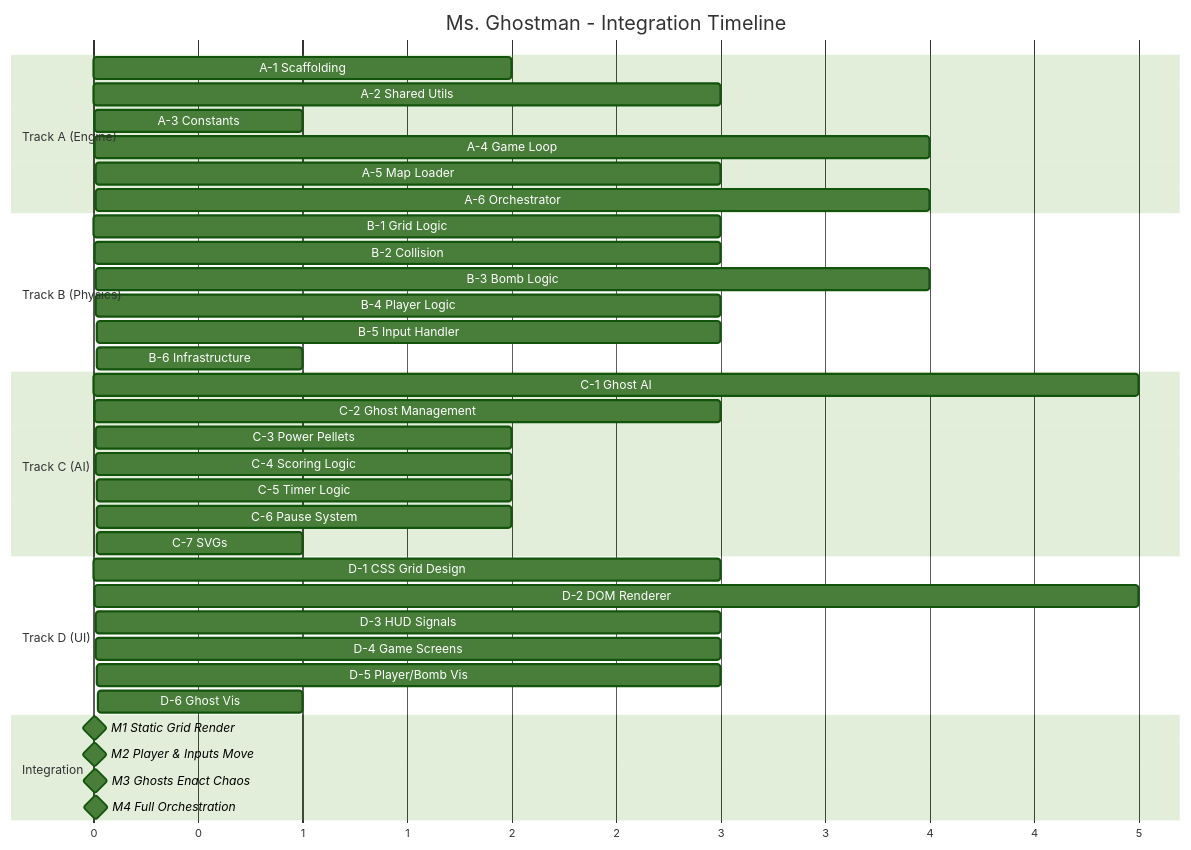
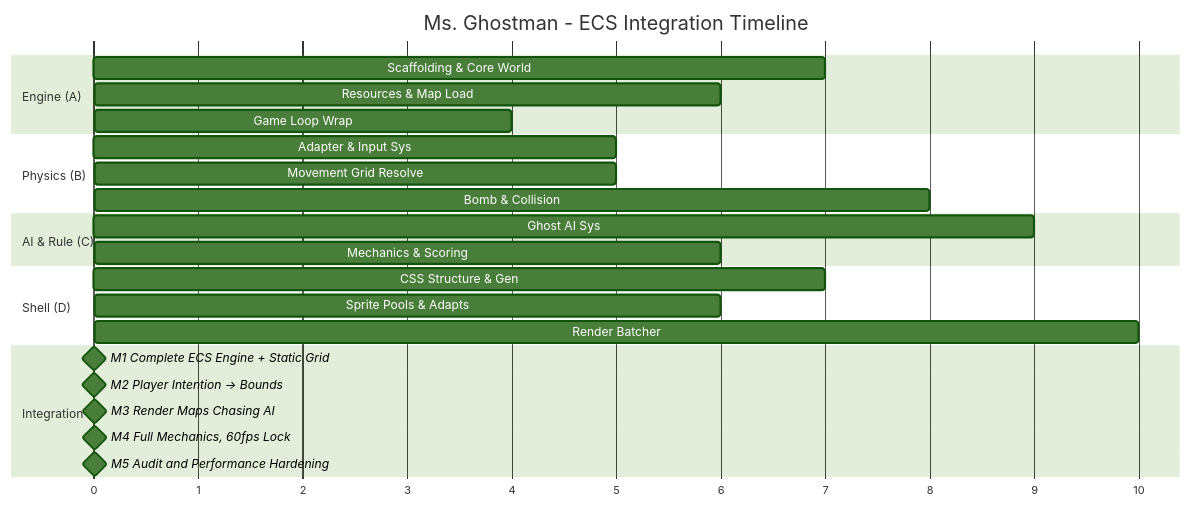
One commit to ertval/make-your-game changed the second of 2 diagrams in docs/implementation-plan.md. Above: the diagram before and after it, drawn with Mermaid (forest theme). The commit also changed other lines of this file and 5 other files, not shown here.

````diff
--- a/docs/implementation-plan.md
+++ b/docs/implementation-plan.md
@@ -655,45 +433,32 @@
 ```mermaid
 gantt
-    title Ms. Ghostman - Integration Timeline
+    title Ms. Ghostman - ECS Integration Timeline
     dateFormat  X
     axisFormat %s
 
-    section Track A (Engine)
-    A-1 Scaffolding         :a1, 0, 2
-    A-2 Shared Utils        :a2, 2, 3
-    A-3 Constants           :a3, 5, 1
-    A-4 Game Loop           :a4, 6, 4
-    A-5 Map Loader          :a5, 10, 3
-    A-6 Orchestrator        :a6, 13, 4
+    section Engine (A)
+    Scaffolding & Core World: a1, 0, 7
+    Resources & Map Load: a2, 7, 6
+    Game Loop Wrap: a3, 13, 4
 
-    section Track B (Physics)
-    B-1 Grid Logic          :b1, 2, 3
-    B-2 Collision           :b2, 5, 3
-    B-3 Bomb Logic          :b3, 8, 4
-    B-4 Player Logic        :b4, 12, 3
-    B-5 Input Handler       :b5, 15, 3
-    B-6 Infrastructure      :b6, 18, 1
+    section Physics (B)
+    Adapter & Input Sys: b1, 2, 5
+    Movement Grid Resolve: b2, 7, 5
+    Bomb & Collision: b3, 12, 8
 
-    section Track C (AI)
-    C-1 Ghost AI            :c1, 2, 5
-    C-2 Ghost Management    :c2, 7, 3
-    C-3 Power Pellets       :c3, 10, 2
-    C-4 Scoring Logic       :c4, 12, 2
-    C-5 Timer Logic         :c5, 14, 2
-    C-6 Pause System        :c6, 16, 2
-    C-7 SVGs                :c7, 18, 1
+    section AI & Rule (C)
+    Ghost AI Sys: c1, 4, 9
+    Mechanics & Scoring: c2, 13, 6
 
-    section Track D (UI)
-    D-1 CSS Grid Design     :d1, 2, 3
-    D-2 DOM Renderer        :d2, 5, 5
-    D-3 HUD Signals         :d3, 10, 3
-    D-4 Game Screens        :d4, 13, 3
-    D-5 Player/Bomb Vis     :d5, 16, 3
-    D-6 Ghost Vis           :d6, 19, 1
-
+    section Shell (D)
+    CSS Structure & Gen: d1, 0, 7
+    Sprite Pools & Adapts: d2, 7, 6
+    Render Batcher: d3, 13, 10
+    
     section Integration
-    M1 Static Grid Render   :milestone, m1, 10, 0
-    M2 Player & Inputs Move :milestone, m2, 13, 0
-    M3 Ghosts Enact Chaos   :milestone, m3, 16, 0
-    M4 Full Orchestration   :milestone, m4, 19, 0
+    M1 Complete ECS Engine + Static Grid: milestone, m1, 7, 0
+    M2 Player Intention -> Bounds: milestone, m2, 14, 0
+    M3 Render Maps Chasing AI: milestone, m3, 18, 0
+    M4 Full Mechanics, 60fps Lock: milestone, m4, 21, 0
+    M5 Audit and Performance Hardening: milestone, m5, 23, 0
 ```
````
